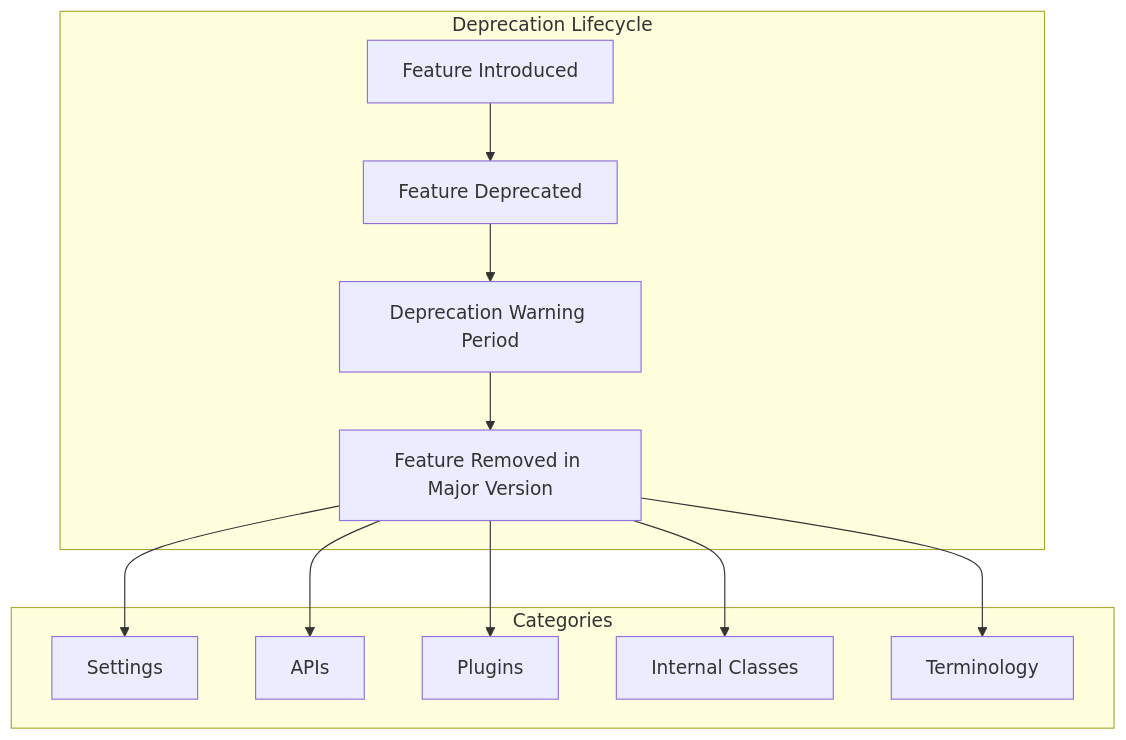
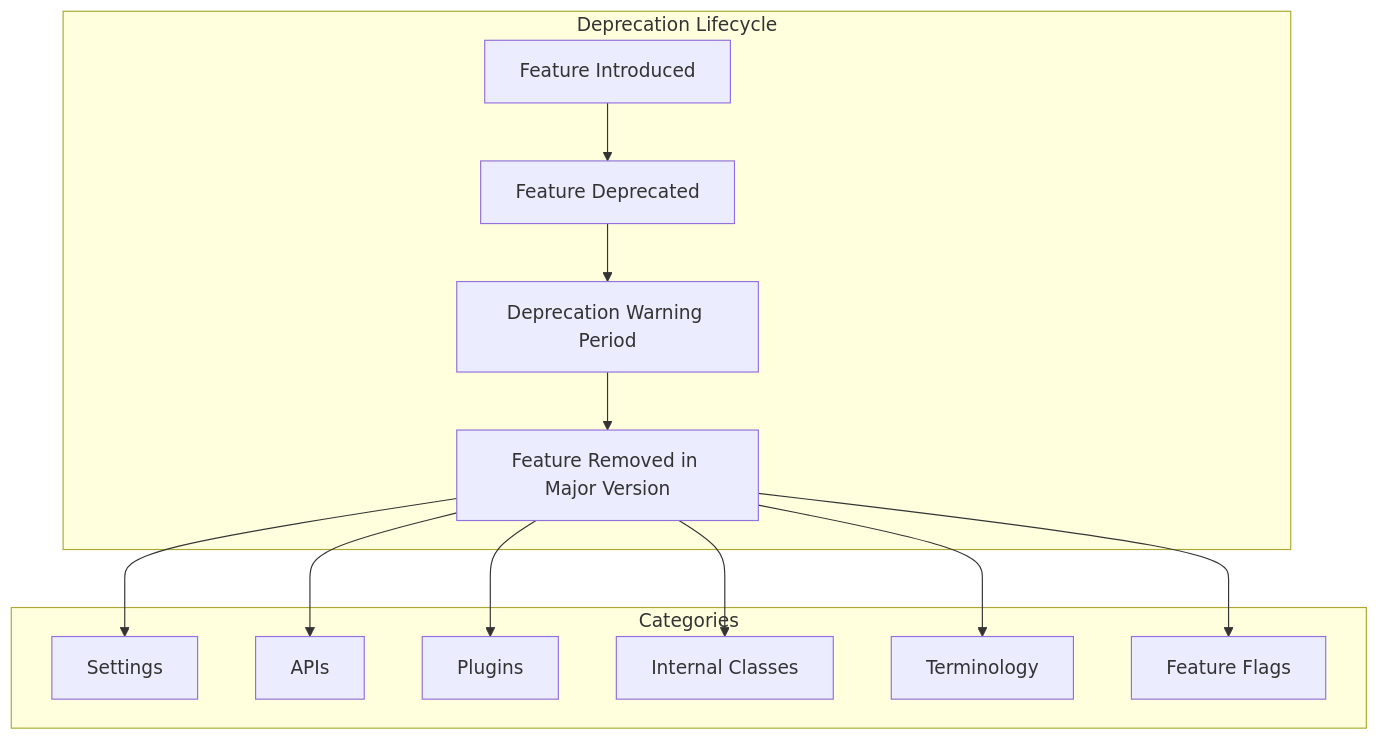
The first of 2 diagrams in docs/features/opensearch/deprecated-code-cleanup.md (tkykenmt/opensearch-feature-explorer), drawn with Mermaid before and after one commit. The commit also changed other lines of this file and 1 other file, not shown here.

````diff
--- a/docs/features/opensearch/deprecated-code-cleanup.md
+++ b/docs/features/opensearch/deprecated-code-cleanup.md
@@ -11,22 +11,24 @@
 ```mermaid
 graph TB
     subgraph "Deprecation Lifecycle"
         A[Feature Introduced] --> B[Feature Deprecated]
         B --> C[Deprecation Warning Period]
         C --> D[Feature Removed in Major Version]
     end
     
     subgraph "Categories"
         E[Settings]
         F[APIs]
         G[Plugins]
         H[Internal Classes]
         I[Terminology]
+        J[Feature Flags]
     end
     
     D --> E
     D --> F
     D --> G
     D --> H
     D --> I
+    D --> J
 ```
````
